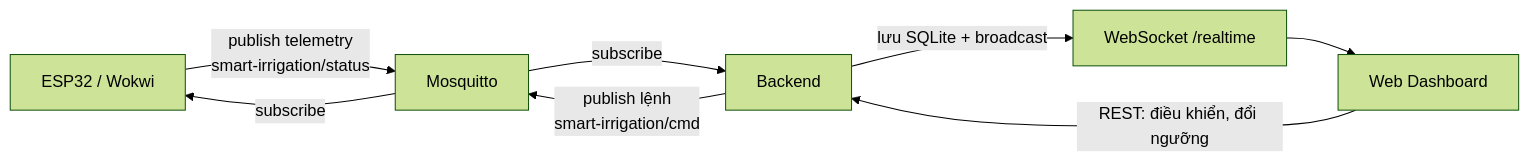
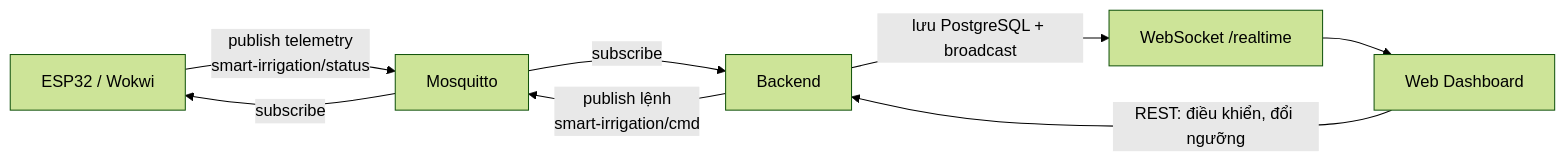
One commit to trieuhoang1212/Smart-Irrigation-System-IoT changed the diagram in Code/Backend/README.md. Above: the diagram before and after it, drawn with Mermaid (forest theme). The commit also changed other lines of this file and 1 other file, not shown here.

Commit message:
Backend: cập nhật README và .env.example sang PostgreSQL

````diff
--- a/Code/Backend/README.md
+++ b/Code/Backend/README.md
@@ -8,10 +8,10 @@
 ```mermaid
 flowchart LR
     ESP32["ESP32 / Wokwi"] -->|publish telemetry<br/>smart-irrigation/status| MQTT["Mosquitto"]
     MQTT -->|subscribe| BE["Backend"]
-    BE -->|"lưu SQLite + broadcast"| WS["WebSocket /realtime"]
+    BE -->|"lưu PostgreSQL + broadcast"| WS["WebSocket /realtime"]
     WS --> WEB["Web Dashboard"]
     WEB -->|"REST: điều khiển, đổi ngưỡng"| BE
     BE -->|publish lệnh<br/>smart-irrigation/cmd| MQTT
     MQTT -->|subscribe| ESP32
 ```
````
